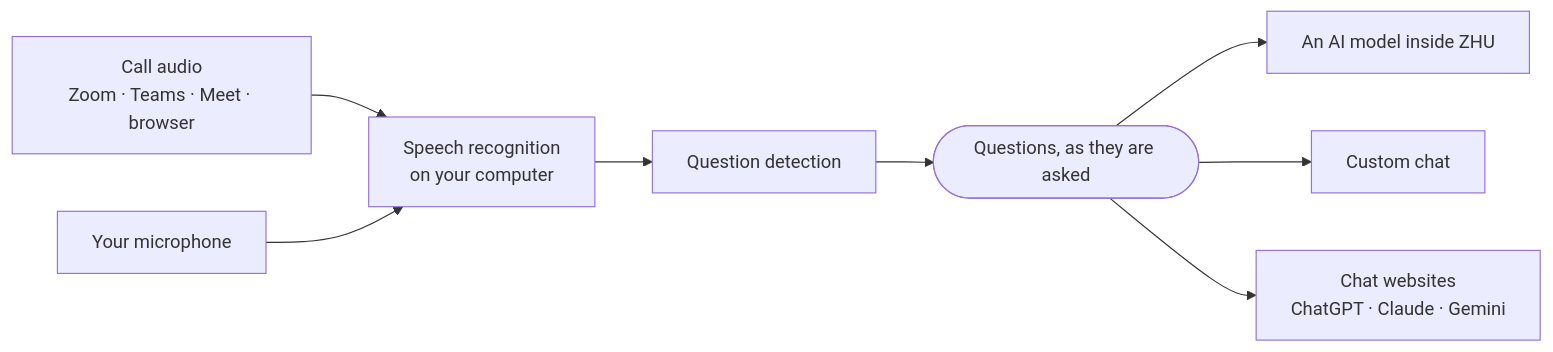
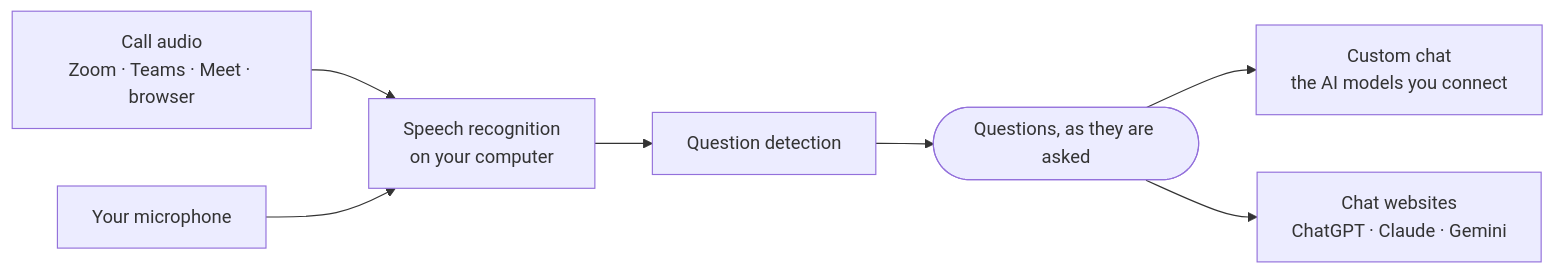
Before and after one commit to KiranKK1111/ZHU: the diagram in README.md, drawn with Mermaid. The commit also changed other lines of this file and 95 other files, not shown here.

````diff
--- a/README.md
+++ b/README.md
@@ -36,10 +36,9 @@
 ```mermaid
 flowchart LR
     A["Call audio<br/>Zoom · Teams · Meet · browser"] --> C
     B["Your microphone"] --> C
     C["Speech recognition<br/>on your computer"] --> D["Question detection"]
     D --> E(["Questions, as they are asked"])
-    E --> F["An AI model inside ZHU"]
-    E --> G["Custom chat"]
+    E --> G["Custom chat<br/>the AI models you connect"]
     E --> H["Chat websites<br/>ChatGPT · Claude · Gemini"]
 ```
````
